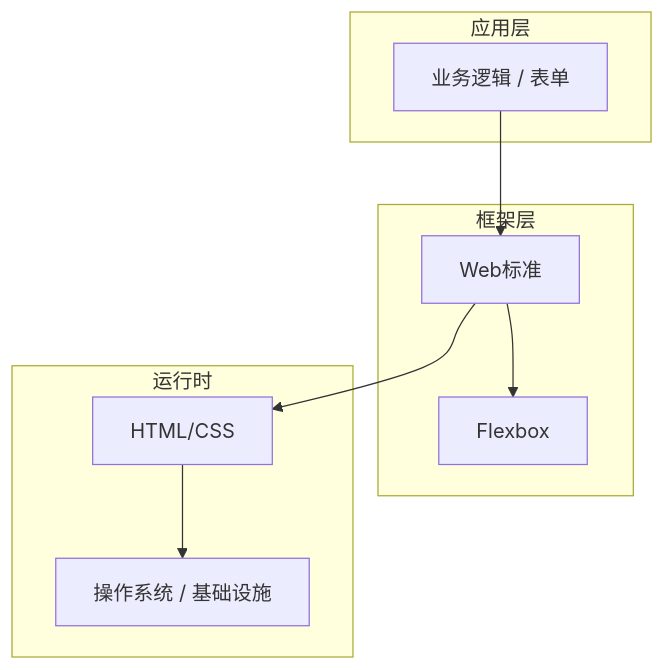
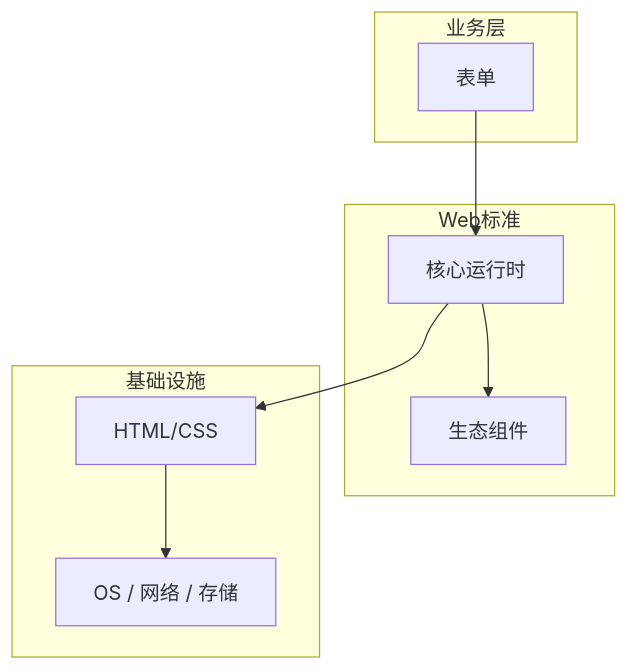
The diagram in articles/HTML与CSS/chapters/017-表单核心概念与原理.md (yanggan2015/knowledge-json-v2), drawn with Mermaid before and after one commit. The commit also changed other lines of this file and 10127 other files, not shown here.

````diff
--- a/articles/HTML与CSS/chapters/017-表单核心概念与原理.md
+++ b/articles/HTML与CSS/chapters/017-表单核心概念与原理.md
@@ -45,18 +34,18 @@
 ```mermaid
 graph TB
-    subgraph 应用层
-        A[业务逻辑 / 表单]
+    subgraph 业务层
+        A[表单]
     end
-    subgraph 框架层
-        B[Web标准]
-        C[Flexbox]
+    subgraph Web标准
+        B[核心运行时]
+        C[生态组件]
     end
-    subgraph 运行时
+    subgraph 基础设施
         D[HTML/CSS]
-        E[操作系统 / 基础设施]
+        E[OS / 网络 / 存储]
     end
     A --> B
     B --> C
     B --> D
     D --> E
 ```
````
